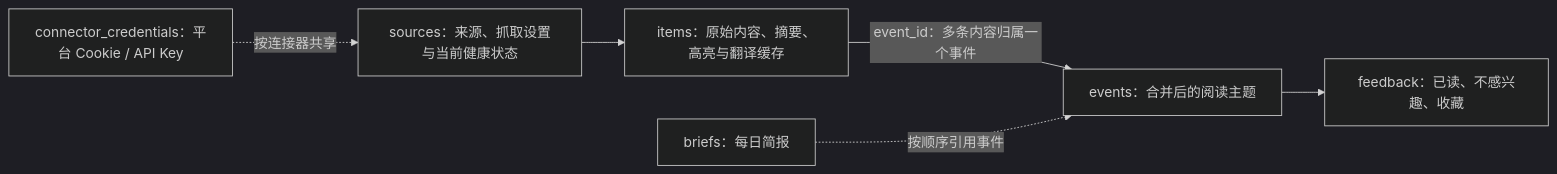
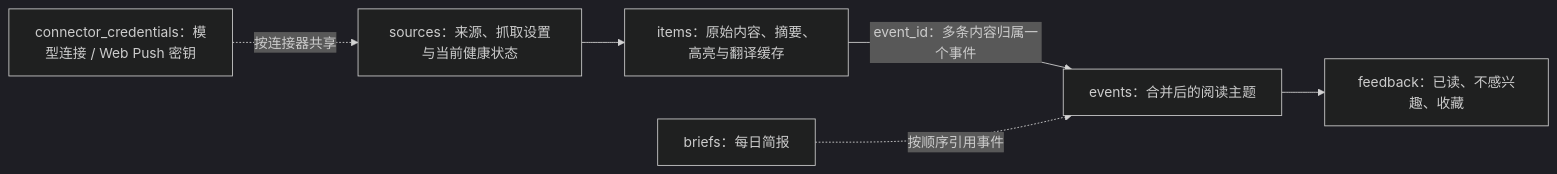
One commit to angelOnly/NewsRssHub changed the first of 2 diagrams in docs/SQLITE_SCHEMA_AND_MIGRATION.md. Above: the diagram before and after it, drawn with Mermaid (dark theme). The commit also changed other lines of this file and 18 other files, not shown here.

````diff
--- a/docs/SQLITE_SCHEMA_AND_MIGRATION.md
+++ b/docs/SQLITE_SCHEMA_AND_MIGRATION.md
@@ -35,8 +35,8 @@
 ```mermaid
 flowchart LR
     S["sources：来源、抓取设置与当前健康状态"] --> I["items：原始内容、摘要、高亮与翻译缓存"]
     I -->|"event_id：多条内容归属一个事件"| E["events：合并后的阅读主题"]
     E --> F["feedback：已读、不感兴趣、收藏"]
     B["briefs：每日简报"] -. "按顺序引用事件" .-> E
-    C["connector_credentials：平台 Cookie / API Key"] -. "按连接器共享" .-> S
+    C["connector_credentials：模型连接 / Web Push 密钥"] -. "按连接器共享" .-> S
 ```
````
